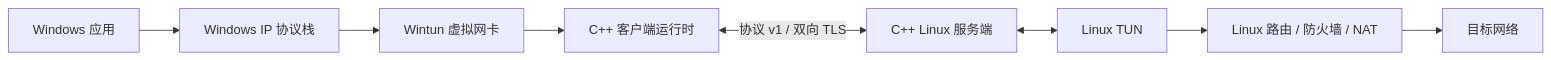
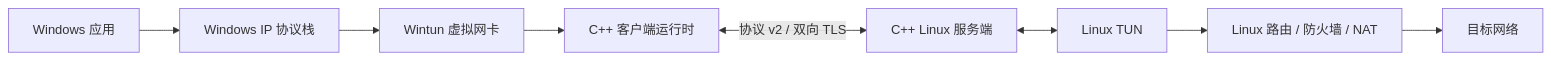
Before and after one commit to Dahyunnist/Personal-VPN: the diagram in Readme.md, drawn with Mermaid. The commit also changed other lines of this file and 2 other files, not shown here.

````diff
--- a/Readme.md
+++ b/Readme.md
@@ -11,10 +11,10 @@
 ```mermaid
 flowchart LR
     A[Windows 应用] --> B[Windows IP 协议栈]
     B --> C[Wintun 虚拟网卡]
     C --> D[C++ 客户端运行时]
-    D <-->|协议 v1 / 双向 TLS| E[C++ Linux 服务端]
+    D <-->|协议 v2 / 双向 TLS| E[C++ Linux 服务端]
     E <--> F[Linux TUN]
     F --> G[Linux 路由 / 防火墙 / NAT]
     G --> H[目标网络]
 ```
````
